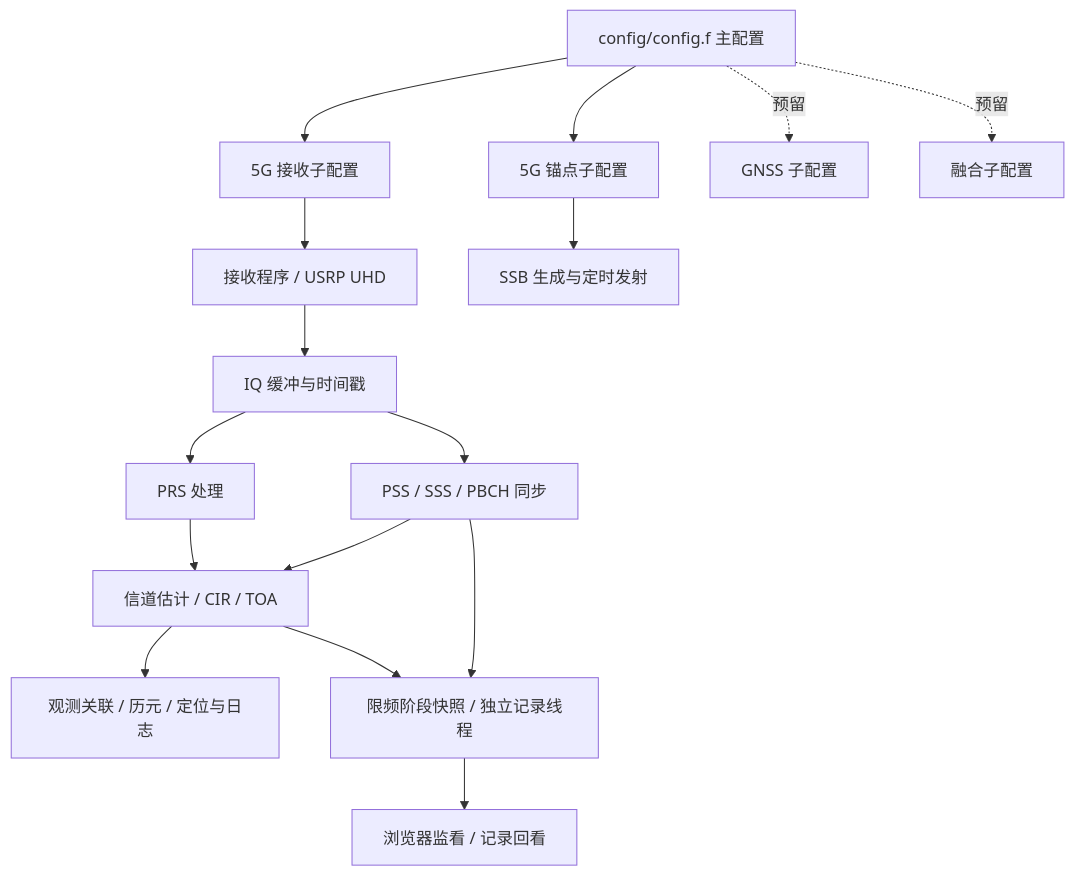
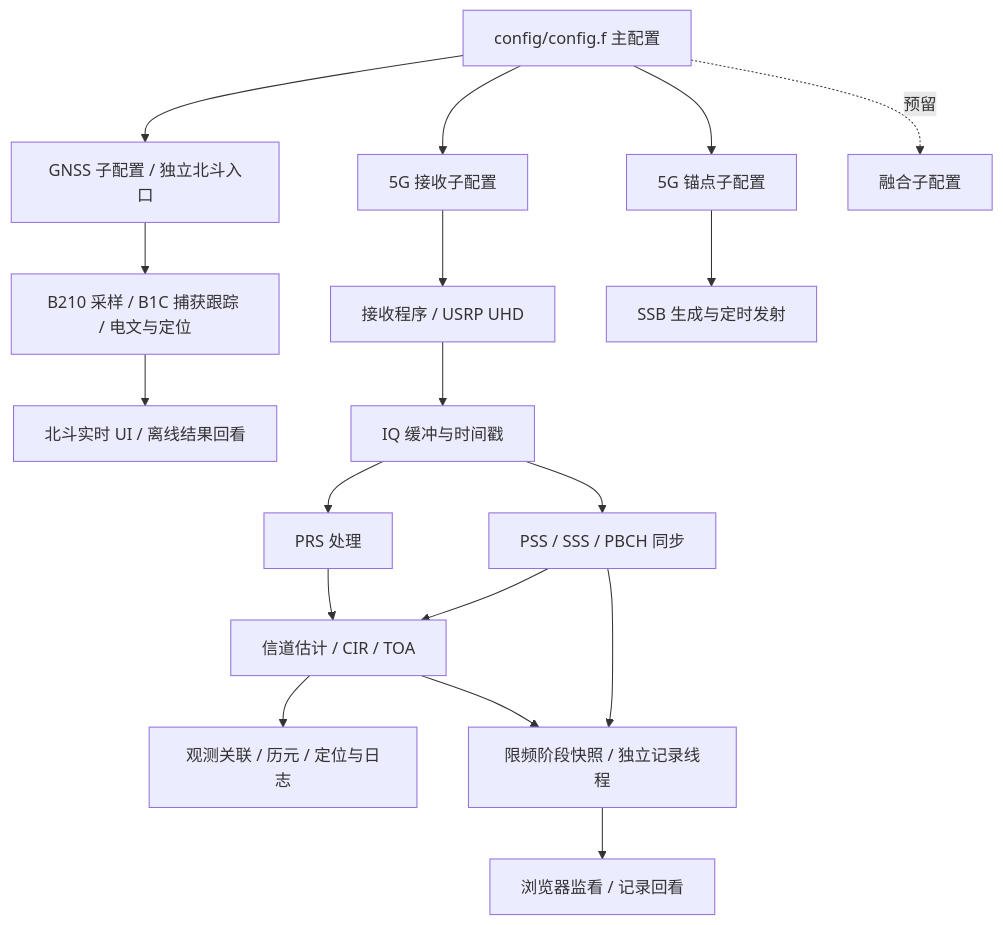
One commit to JiFengMo/GNSS-5G-Position changed the diagram in README.md. Above: the diagram before and after it, drawn with Mermaid. The commit also changed other lines of this file and 30 other files, not shown here.

````diff
--- a/README.md
+++ b/README.md
@@ -37,18 +38,20 @@
 ```mermaid
 flowchart TD
     M[config/config.f 主配置] --> R[5G 接收子配置]
     M --> T[5G 锚点子配置]
-    M -.预留.-> G[GNSS 子配置]
+    M --> G[GNSS 子配置 / 独立北斗入口]
+    G --> BDS[B210 采样 / B1C 捕获跟踪 / 电文与定位]
+    BDS --> BUI[北斗实时 UI / 离线结果回看]
     M -.预留.-> F[融合子配置]
     R --> RX[接收程序 / USRP UHD]
     RX --> IQ[IQ 缓冲与时间戳]
     IQ --> SYNC[PSS / SSS / PBCH 同步]
     SYNC --> EST[信道估计 / CIR / TOA]
     IQ --> PRS[PRS 处理]
     PRS --> EST
     EST --> OBS[观测关联 / 历元 / 定位与日志]
     T --> TX[SSB 生成与定时发射]
     SYNC --> MON[限频阶段快照 / 独立记录线程]
     EST --> MON
     MON --> UI[浏览器监看 / 记录回看]
 ```
````
